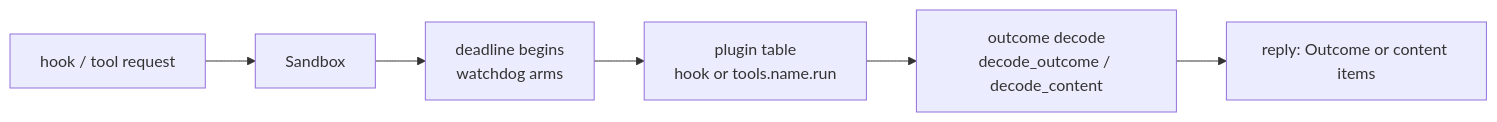
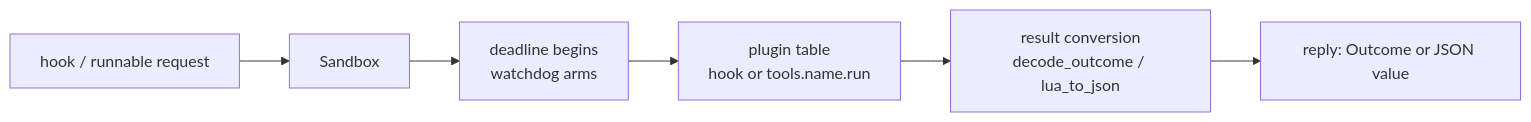
The diagram in crates/luau/src/sandbox/README.md (wrkhse/tack), drawn with Mermaid before and after one commit. The commit also changed other lines of this file and 21 other files, not shown here.

````diff
--- a/crates/luau/src/sandbox/README.md
+++ b/crates/luau/src/sandbox/README.md
@@ -7,8 +7,8 @@
 ```mermaid
 flowchart LR
-    Request["hook / tool request"] --> Sandbox["Sandbox"]
+    Request["hook / runnable request"] --> Sandbox["Sandbox"]
     Sandbox --> Deadline["deadline begins<br/>watchdog arms"]
     Deadline --> Plugin["plugin table<br/>hook or tools.name.run"]
-    Plugin --> Decode["outcome decode<br/>decode_outcome / decode_content"]
-    Decode --> Reply["reply: Outcome or content items"]
+    Plugin --> Decode["result conversion<br/>decode_outcome / lua_to_json"]
+    Decode --> Reply["reply: Outcome or JSON value"]
 ```
````
